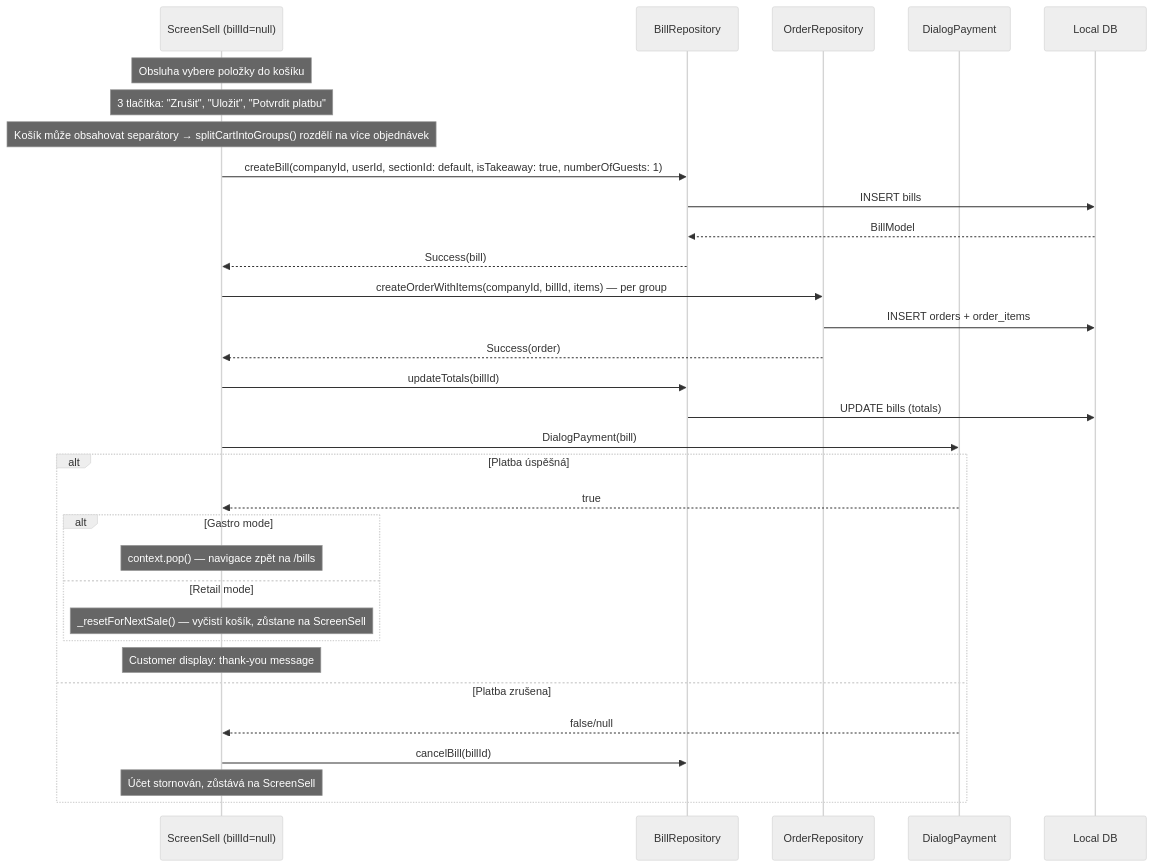
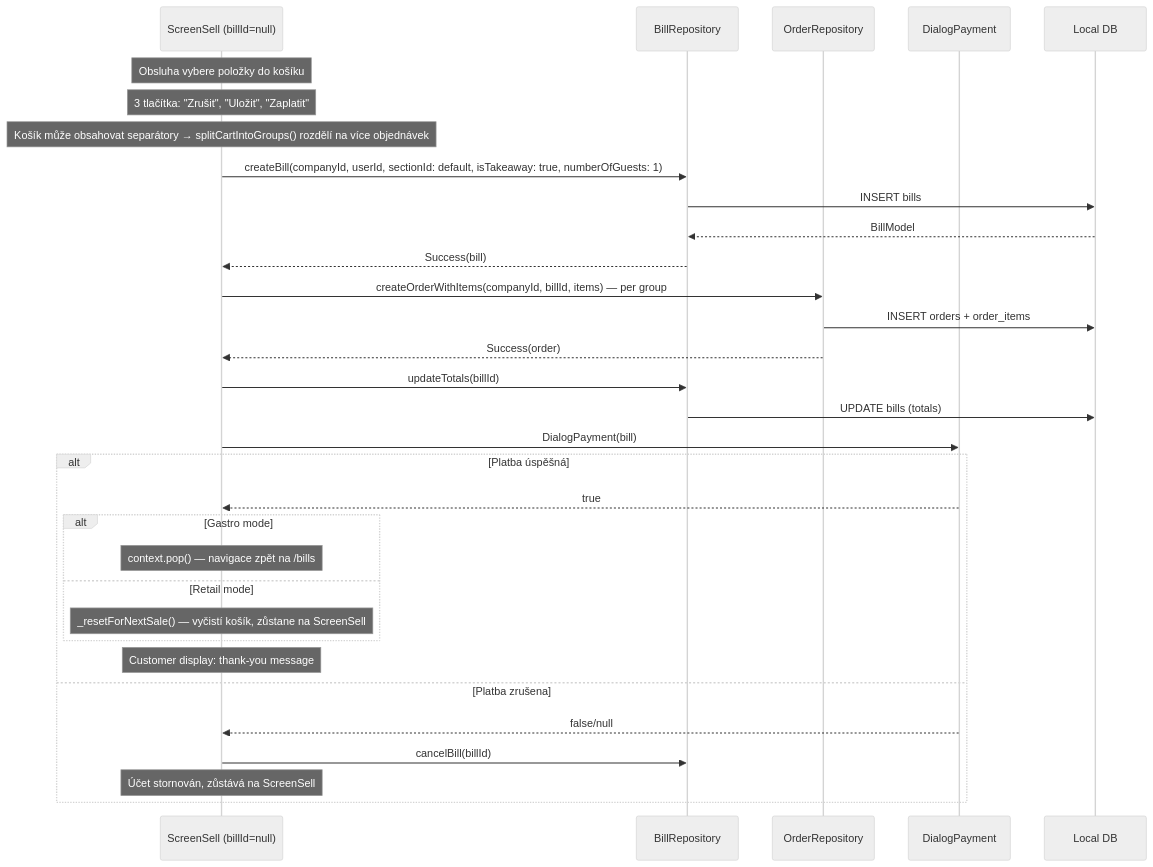
One commit to Tomakas/deskpos changed the ninth of 14 diagrams in PROJECT.md. Above: the diagram before and after it, drawn with Mermaid (neutral theme). The commit also changed other lines of this file and 109 other files, not shown here.

````diff
--- a/PROJECT.md
+++ b/PROJECT.md
@@ -1816,39 +1820,39 @@
 ```mermaid
 sequenceDiagram
     participant UI as ScreenSell (billId=null)
     participant BR as BillRepository
     participant OR as OrderRepository
     participant PAY as DialogPayment
     participant DB as Local DB
 
     Note over UI: Obsluha vybere položky do košíku
-    Note over UI: 3 tlačítka: "Zrušit", "Uložit", "Potvrdit platbu"
+    Note over UI: 3 tlačítka: "Zrušit", "Uložit", "Zaplatit"
 
     Note over UI: Košík může obsahovat separátory → splitCartIntoGroups() rozdělí na více objednávek
     UI->>BR: createBill(companyId, userId, sectionId: default, isTakeaway: true, numberOfGuests: 1)
     BR->>DB: INSERT bills
     DB-->>BR: BillModel
     BR-->>UI: Success(bill)
 
     UI->>OR: createOrderWithItems(companyId, billId, items) — per group
     OR->>DB: INSERT orders + order_items
     OR-->>UI: Success(order)
 
     UI->>BR: updateTotals(billId)
     BR->>DB: UPDATE bills (totals)
 
     UI->>PAY: DialogPayment(bill)
     alt Platba úspěšná
         PAY-->>UI: true
         alt Gastro mode
             Note over UI: context.pop() — navigace zpět na /bills
         else Retail mode
             Note over UI: _resetForNextSale() — vyčistí košík, zůstane na ScreenSell
         end
         Note over UI: Customer display: thank-you message
     else Platba zrušena
         PAY-->>UI: false/null
         UI->>BR: cancelBill(billId)
         Note over UI: Účet stornován, zůstává na ScreenSell
     end
 ```
````
